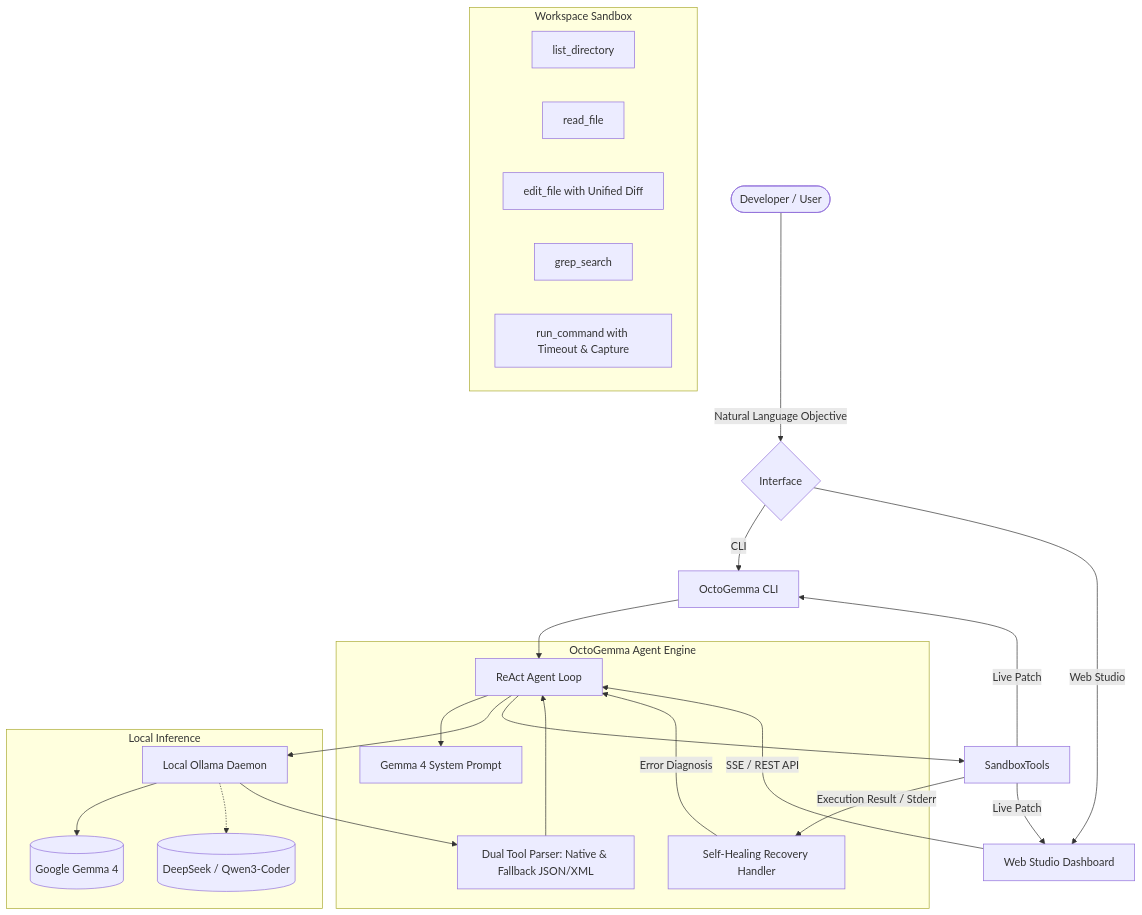
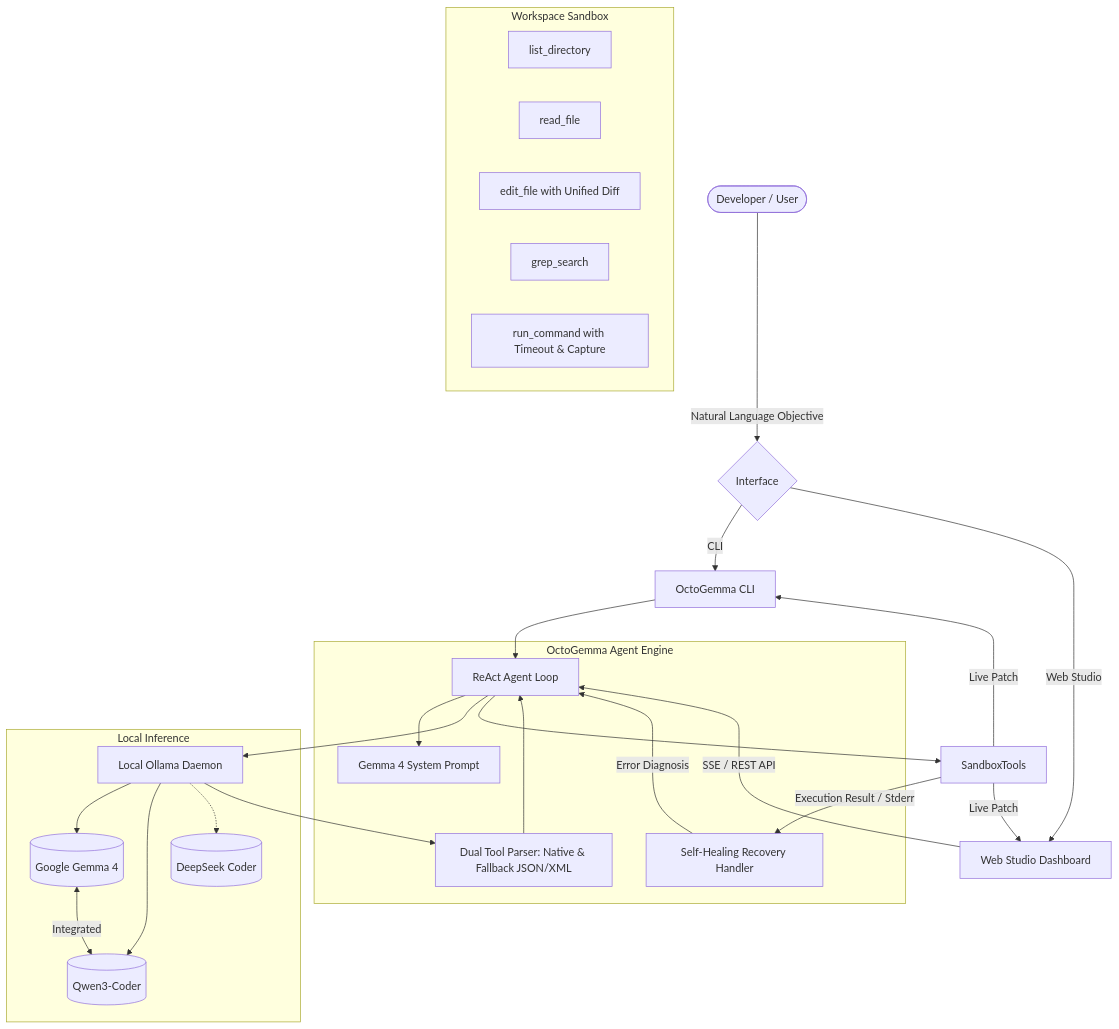
The diagram in README.md (AnonymoushackDwrks/hacktoberfest-hack-day-coimbatore-x-init-club-and-idea-club), drawn with Mermaid before and after one commit. The commit also changed other lines of this file, not shown here.

````diff
--- a/README.md
+++ b/README.md
@@ -72,43 +72,46 @@
 ```mermaid
 flowchart TD
     User([Developer / User]) -->|Natural Language Objective| Interface{Interface}
     Interface -->|CLI| CLI[OctoGemma CLI]
     Interface -->|Web Studio| WebUI[Web Studio Dashboard]
 
     subgraph Core Engine [OctoGemma Agent Engine]
         Agent[ReAct Agent Loop]
         Prompt[Gemma 4 System Prompt]
         Parser[Dual Tool Parser: Native & Fallback JSON/XML]
         SelfHeal[Self-Healing Recovery Handler]
     end
 
     subgraph LLM Layer [Local Inference]
         Ollama[Local Ollama Daemon]
         Gemma4[(Google Gemma 4)]
-        FallbackModels[(DeepSeek / Qwen3-Coder)]
+        Qwen[(Qwen3-Coder)]
+        FallbackModels[(DeepSeek Coder)]
     end
 
     subgraph Sandbox Tools [Workspace Sandbox]
         DirTree[list_directory]
         FileReader[read_file]
         FileEditor[edit_file with Unified Diff]
         Searcher[grep_search]
         Runner[run_command with Timeout & Capture]
     end
 
     WebUI -->|SSE / REST API| Agent
     CLI --> Agent
 
     Agent --> Prompt
     Agent --> Ollama
     Ollama --> Gemma4
+    Ollama --> Qwen
+    Gemma4 <-->|Integrated| Qwen
     Ollama -.-> FallbackModels
     Ollama --> Parser
     Parser --> Agent
 
     Agent --> SandboxTools
     SandboxTools -->|Execution Result / Stderr| SelfHeal
     SelfHeal -->|Error Diagnosis| Agent
     SandboxTools -->|Live Patch| WebUI
     SandboxTools -->|Live Patch| CLI
 ```
````
